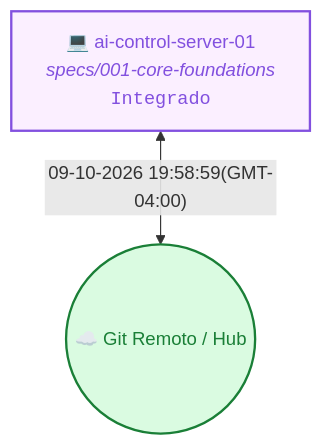
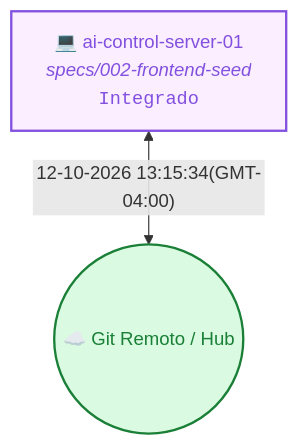
Before and after one commit to andreticba/ai-control-context: the diagram in README.md, drawn with Mermaid. The commit also changed other lines of this file and 11 other files, not shown here.

````diff
--- a/README.md
+++ b/README.md
@@ -20,8 +20,8 @@
 ```mermaid
 flowchart TD
   Cloud(("☁️ Git Remoto / Hub"))
-  M_c01fdc4a["💻 ai-control-server-01<br/><i>specs/001-core-foundations</i><br/><code>Integrado</code>"]
-  M_c01fdc4a <-->|"09-10-2026 19:58:59(GMT-04:00)"| Cloud
+  M_c01fdc4a["💻 ai-control-server-01<br/><i>specs/002-frontend-seed</i><br/><code>Integrado</code>"]
+  M_c01fdc4a <-->|"12-10-2026 13:15:34(GMT-04:00)"| Cloud
   style M_c01fdc4a stroke:#8250df,stroke-width:2px,fill:#fbefff,color:#8250df
   style Cloud stroke:#1a7f37,stroke-width:2px,fill:#dafbe1,color:#1a7f37
 ```
````
